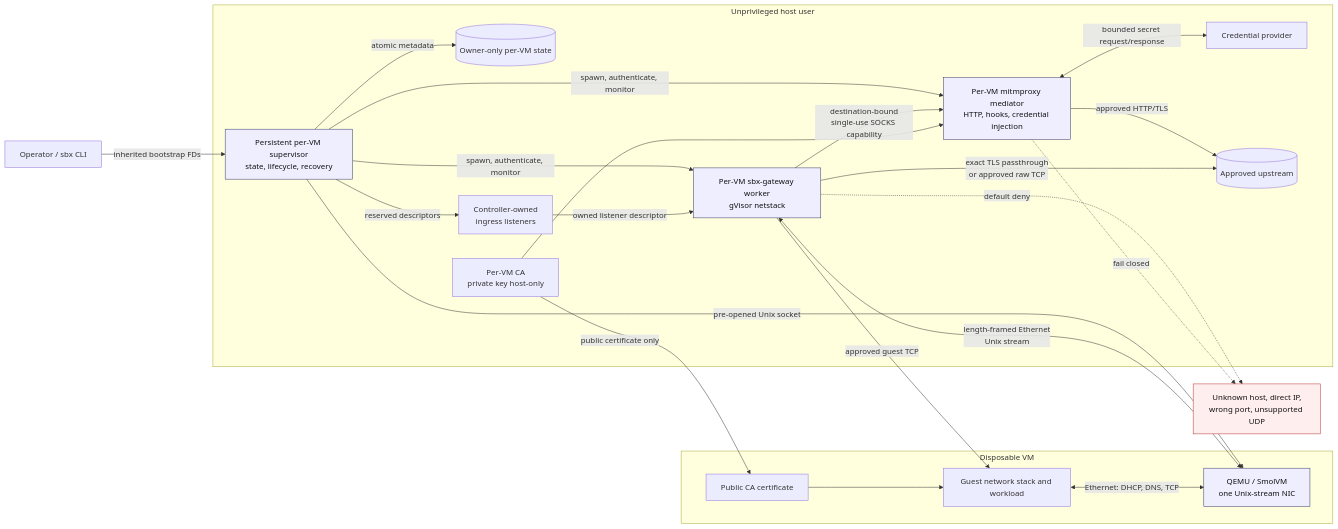
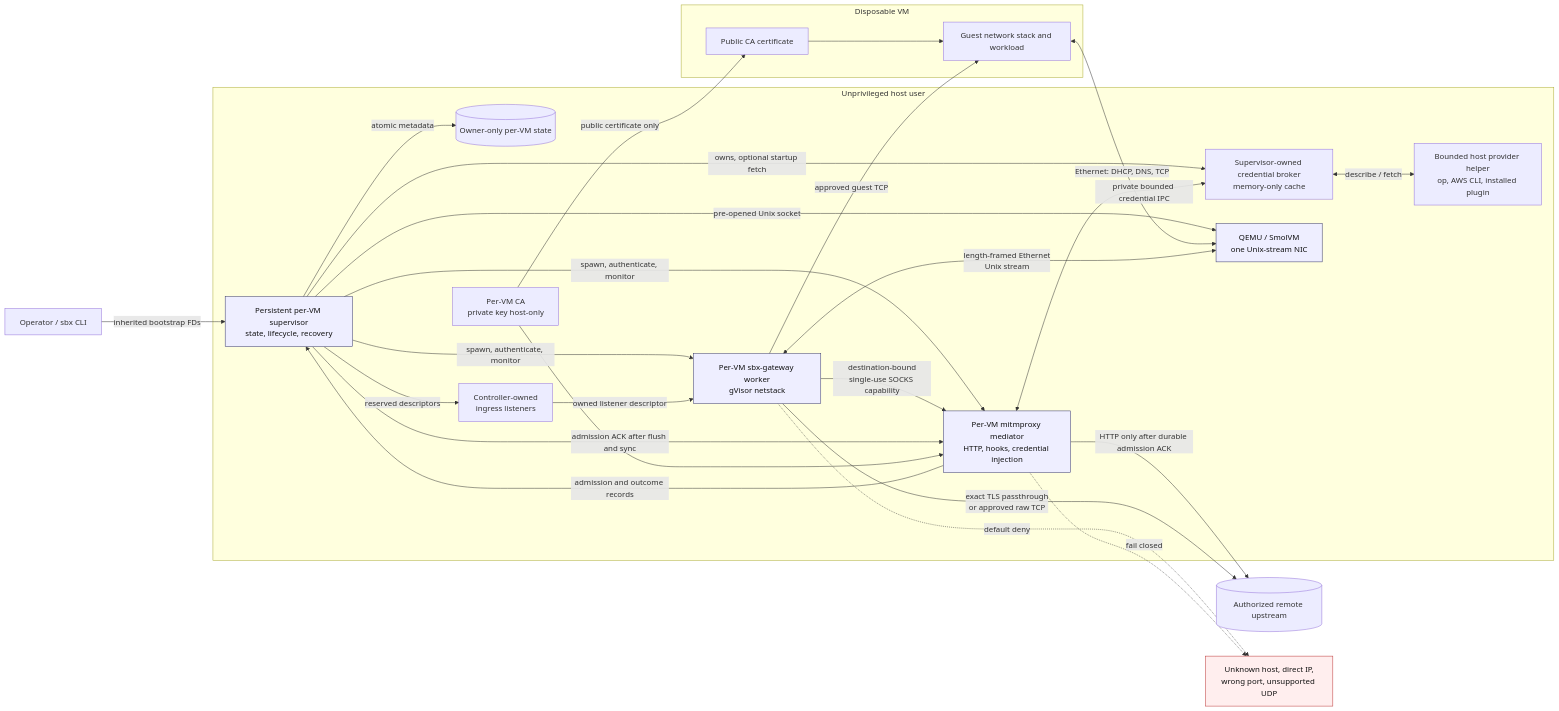
The diagram in docs/rootless-network-gateway-components.mmd (nueces/sbx), drawn with Mermaid before and after one commit. The commit also changed 4 other files, not shown here.

Commit message:
Document gateway credential support and request flow

```diff
--- a/docs/rootless-network-gateway-components.mmd
+++ b/docs/rootless-network-gateway-components.mmd
@@ -1,49 +1,55 @@
 flowchart LR
   Operator[Operator / sbx CLI]
 
   subgraph Host[Unprivileged host user]
     Supervisor[Persistent per-VM supervisor<br/>state, lifecycle, recovery]
     State[(Owner-only per-VM state)]
     Ingress[Controller-owned<br/>ingress listeners]
     Worker[Per-VM sbx-gateway worker<br/>gVisor netstack]
     Mediator[Per-VM mitmproxy mediator<br/>HTTP, hooks, credential injection]
-    Provider[Credential provider]
-    Upstream[(Approved upstream)]
+    Broker[Supervisor-owned credential broker<br/>memory-only cache]
+    Provider[Bounded host provider helper<br/>op, AWS CLI, installed plugin]
     CA[Per-VM CA<br/>private key host-only]
+    QEMU[QEMU / SmolVM<br/>one Unix-stream NIC]
   end
 
+  Upstream[(Authorized remote upstream)]
+
   subgraph VM[Disposable VM]
-    QEMU[QEMU / SmolVM<br/>one Unix-stream NIC]
     Guest[Guest network stack and workload]
     GuestCA[Public CA certificate]
   end
 
   Operator -->|inherited bootstrap FDs| Supervisor
   Supervisor -->|atomic metadata| State
   Supervisor -->|spawn, authenticate, monitor| Worker
   Supervisor -->|spawn, authenticate, monitor| Mediator
   Supervisor -->|pre-opened Unix socket| QEMU
   Supervisor -->|reserved descriptors| Ingress
+  Supervisor -->|owns, optional startup fetch| Broker
 
   Guest <-->|Ethernet: DHCP, DNS, TCP| QEMU
   QEMU <-->|length-framed Ethernet<br/>Unix stream| Worker
 
   Worker -->|destination-bound<br/>single-use SOCKS capability| Mediator
-  Mediator -->|approved HTTP/TLS| Upstream
-  Mediator <-->|bounded secret request/response| Provider
+  Mediator -->|HTTP only after durable admission ACK| Upstream
+  Mediator <-->|private bounded credential IPC| Broker
+  Broker <-->|describe / fetch| Provider
+  Mediator -->|admission and outcome records| Supervisor
+  Supervisor -->|admission ACK after flush and sync| Mediator
   Worker -->|exact TLS passthrough<br/>or approved raw TCP| Upstream
 
   Ingress -->|owned listener descriptor| Worker
   Worker -->|approved guest TCP| Guest
 
   CA --> Mediator
   CA -->|public certificate only| GuestCA
   GuestCA --> Guest
 
   Worker -. default deny .-> Denied[Unknown host, direct IP,<br/>wrong port, unsupported UDP]
   Mediator -. fail closed .-> Denied
 
   classDef security fill:#fee,stroke:#b33,color:#111;
   classDef runtime fill:#eef,stroke:#336,color:#111;
   class Denied security;
   class Supervisor,Worker,Mediator,QEMU runtime;
```
